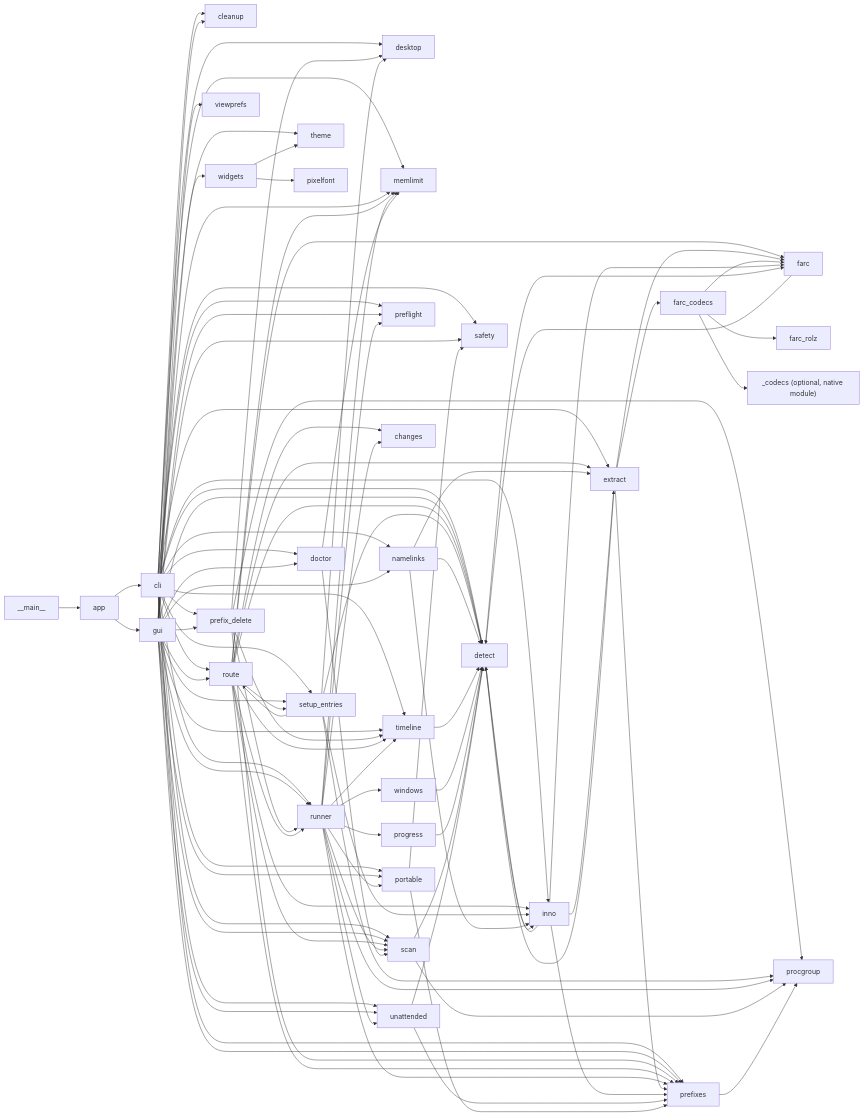
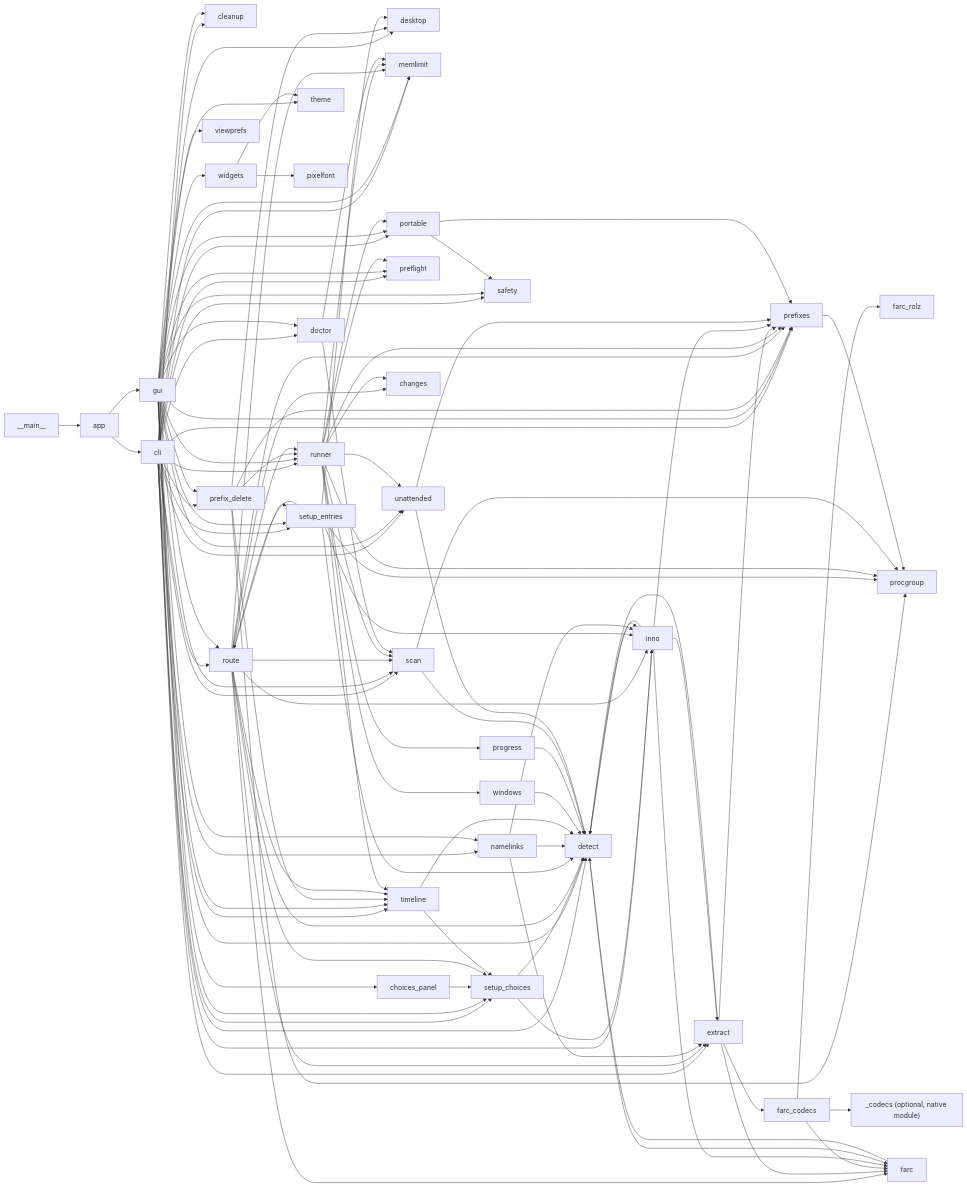
One commit to undecuple/gitfurl changed the second of 6 diagrams in docs/code-map.md. Above: the diagram before and after it, drawn with Mermaid. The commit also changed other lines of this file and 18 other files, not shown here.

Commit message:
Setup's choices: ask the wizard's questions and apply the answers per route (Inno Setup) (#74)

````diff
--- a/docs/code-map.md
+++ b/docs/code-map.md
@@ -65,27 +66,31 @@
 ```mermaid
 flowchart LR
   main["__main__"] --> app
   app --> cli & gui
-  cli --> cleanup & desktop & detect & doctor & extract & inno & memlimit & namelinks & portable & prefix_delete & prefixes & preflight & route & runner & safety & scan & setup_entries & timeline & unattended
-  gui --> cleanup & detect & doctor & memlimit & namelinks & portable & prefix_delete & prefixes & preflight & route & runner & safety & scan & setup_entries & theme & timeline & unattended & viewprefs & widgets
+  cli --> cleanup & desktop & detect & doctor & extract & inno & memlimit & namelinks & portable & prefix_delete & prefixes & preflight & route & runner & safety & scan & setup_choices & setup_entries & timeline & unattended
+  gui --> choices_panel & cleanup & detect & doctor & memlimit & namelinks & portable & prefix_delete & prefixes & preflight & route & runner & safety & scan & setup_choices & setup_entries & theme & timeline & unattended & viewprefs & widgets
+  choices_panel --> setup_choices
+  setup_choices --> detect & inno
+  route --> setup_choices
+  timeline --> setup_choices
   prefix_delete --> desktop & prefixes & procgroup & runner & timeline
   route --> changes & detect & extract & farc & inno & memlimit & prefixes & runner & scan & setup_entries & timeline
   setup_entries --> desktop & detect & inno & procgroup & route
   runner --> changes & memlimit & portable & prefixes & preflight & procgroup & progress & scan & timeline & unattended & windows
   namelinks --> detect & extract & inno
   extract --> detect & farc & farc_codecs & prefixes
   farc_codecs --> farc & farc_rolz & codecsmod
   inno --> detect & extract & farc & prefixes
   detect --> farc & inno
   farc --> detect
   timeline --> detect
   windows --> detect
   progress --> detect
   scan --> detect & procgroup
   unattended --> detect & prefixes
   doctor --> memlimit & scan
   portable --> prefixes & safety
   prefixes --> procgroup
   widgets --> pixelfont & theme
   codecsmod["_codecs (optional, native module)"]
 ```
````
